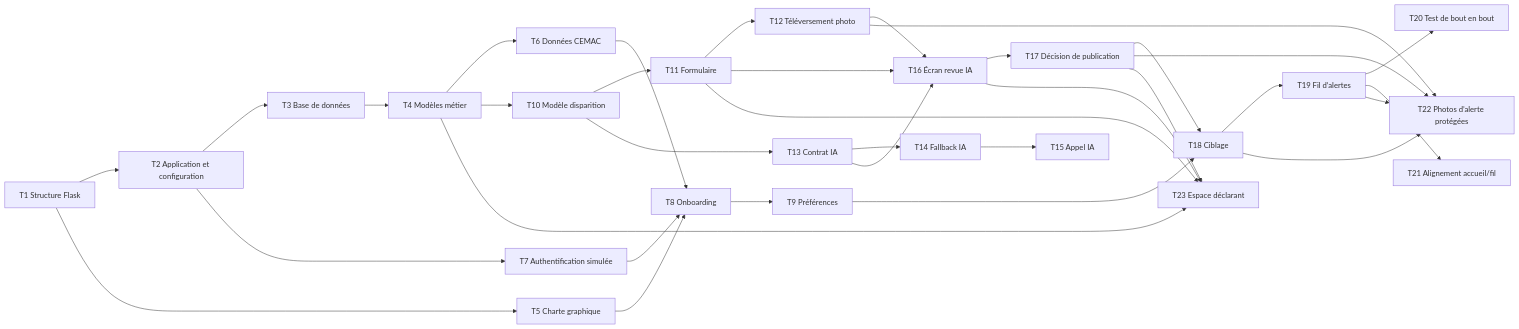
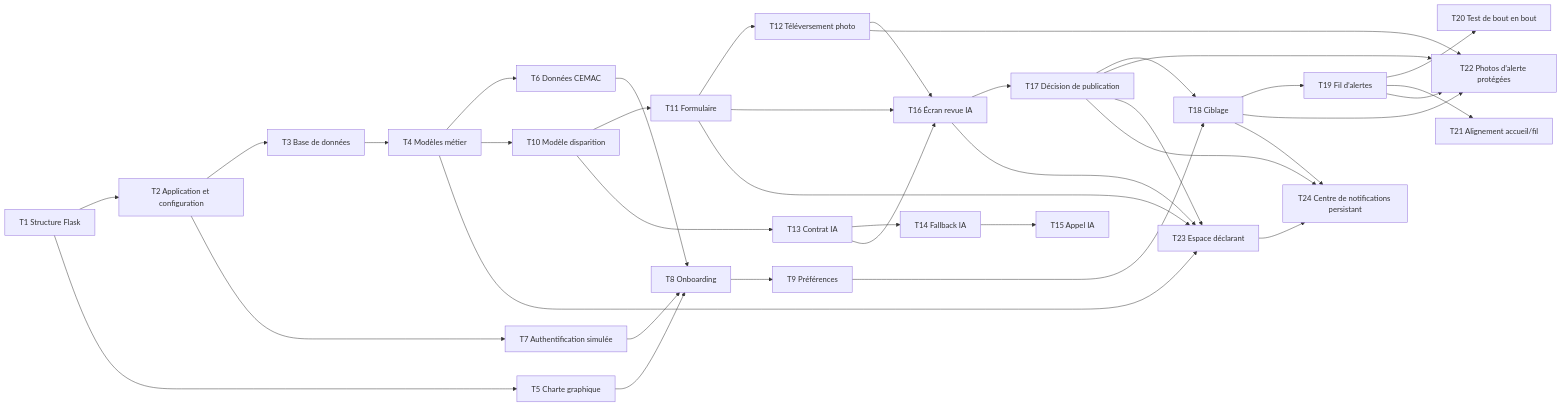
One commit to Donaldpicsou/SAVE-US changed the diagram in RoadMap-SAVE-US.md. Above: the diagram before and after it, drawn with Mermaid. The commit also changed other lines of this file and 12 other files, not shown here.

````diff
--- a/RoadMap-SAVE-US.md
+++ b/RoadMap-SAVE-US.md
@@ -11,36 +11,39 @@
 ```mermaid
 flowchart LR
   T1["T1 Structure Flask"] --> T2["T2 Application et configuration"]
   T2 --> T3["T3 Base de données"]
   T3 --> T4["T4 Modèles métier"]
   T1 --> T5["T5 Charte graphique"]
   T4 --> T6["T6 Données CEMAC"]
   T2 --> T7["T7 Authentification simulée"]
   T5 --> T8["T8 Onboarding"]
   T6 --> T8
   T7 --> T8
   T8 --> T9["T9 Préférences"]
   T4 --> T10["T10 Modèle disparition"]
   T10 --> T11["T11 Formulaire"]
   T11 --> T12["T12 Téléversement photo"]
   T10 --> T13["T13 Contrat IA"]
   T13 --> T14["T14 Fallback IA"]
   T14 --> T15["T15 Appel IA"]
   T11 --> T16["T16 Écran revue IA"]
   T12 --> T16
   T13 --> T16
   T16 --> T17["T17 Décision de publication"]
   T9 --> T18["T18 Ciblage"]
   T17 --> T18
   T18 --> T19["T19 Fil d’alertes"]
   T19 --> T20["T20 Test de bout en bout"]
   T19 --> T21["T21 Alignement accueil/fil"]
   T12 --> T22["T22 Photos d’alerte protégées"]
   T17 --> T22
   T18 --> T22
   T19 --> T22
   T4 --> T23["T23 Espace déclarant"]
   T11 --> T23
   T16 --> T23
   T17 --> T23
+  T17 --> T24["T24 Centre de notifications persistant"]
+  T18 --> T24
+  T23 --> T24
 ```
````
